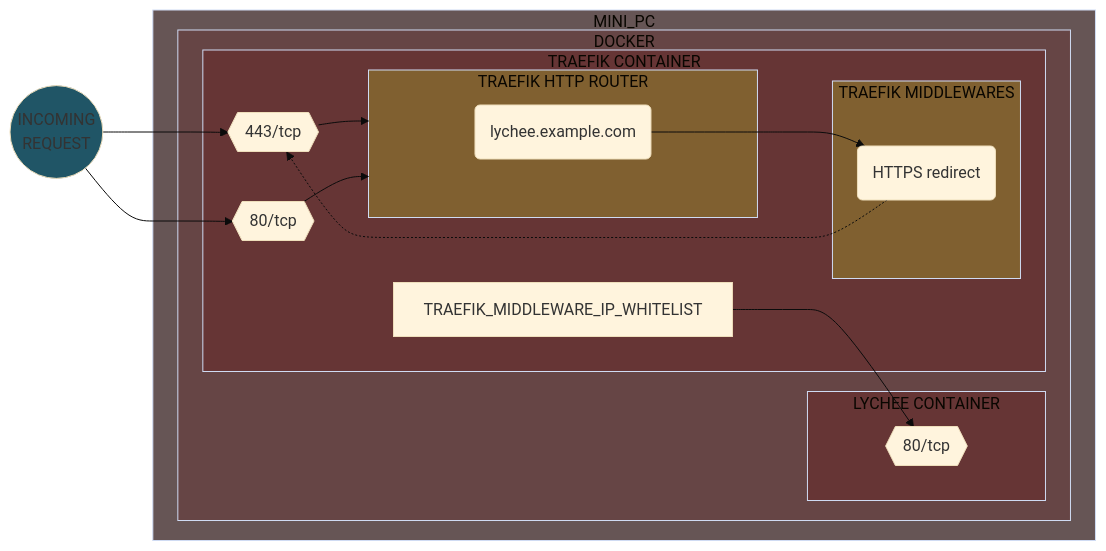
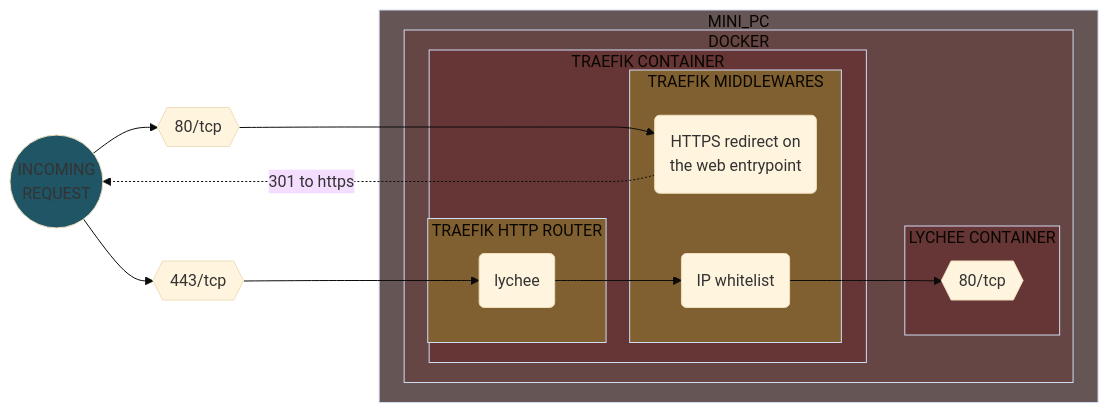
Before and after one commit to Yann39/self-hosted-n100: diagram 18 of 31 in README.md, drawn with Mermaid (base theme). The commit also changed other lines of this file, not shown here.

````diff
--- a/README.md
+++ b/README.md
@@ -4556,44 +4557,44 @@
 ```mermaid
 flowchart LR
     style INCOMING_REQUEST fill: #205566
     style TRAEFIK_CONTAINER fill: #663535
     style APP_CONTAINER fill: #663535
     style TRAEFIK_ROUTER fill: #806030
     style TRAEFIK_MIDDLEWARE fill: #806030
     style SERVER_DEVICE fill: #665555
     style CONTAINER_ENGINE fill: #664545
     DOCKER_TRAEFIK_PORT443{{443/tcp}}
     DOCKER_TRAEFIK_PORT80{{80/tcp}}
     DOCKER_APP_PORT{{80/tcp}}
-    TRAEFIK_ROUTER_APP(lychee.example.com)
-    TRAEFIK_MIDDLEWARE_REDIRECT(HTTPS redirect)
+    TRAEFIK_ROUTER_APP(lychee)
+    TRAEFIK_MIDDLEWARE_REDIRECT(HTTPS redirect on<br>the web entrypoint)
+    TRAEFIK_MIDDLEWARE_IP_WHITELIST(IP whitelist)
     INCOMING_REQUEST((INCOMING\nREQUEST))
-    INCOMING_REQUEST --> DOCKER_TRAEFIK_PORT443
-    INCOMING_REQUEST --> DOCKER_TRAEFIK_PORT80
 
     subgraph SERVER_DEVICE[MINI_PC]
         subgraph CONTAINER_ENGINE[DOCKER]
             subgraph APP_CONTAINER[LYCHEE CONTAINER]
                 DOCKER_APP_PORT
             end
 
             subgraph TRAEFIK_CONTAINER[TRAEFIK CONTAINER]
-                DOCKER_TRAEFIK_PORT443 --> TRAEFIK_ROUTER
-                DOCKER_TRAEFIK_PORT80 --> TRAEFIK_ROUTER
-
                 subgraph TRAEFIK_ROUTER[TRAEFIK HTTP ROUTER]
                     TRAEFIK_ROUTER_APP
                 end
 
                 subgraph TRAEFIK_MIDDLEWARE[TRAEFIK MIDDLEWARES]
                     TRAEFIK_MIDDLEWARE_REDIRECT
+                    TRAEFIK_MIDDLEWARE_IP_WHITELIST
                 end
-
-                TRAEFIK_MIDDLEWARE_REDIRECT -.-> DOCKER_TRAEFIK_PORT443
-                TRAEFIK_MIDDLEWARE_IP_WHITELIST --> DOCKER_APP_PORT
-                TRAEFIK_ROUTER_APP --> TRAEFIK_MIDDLEWARE_REDIRECT
             end
-
         end
     end
+
+    INCOMING_REQUEST --> DOCKER_TRAEFIK_PORT443
+    INCOMING_REQUEST --> DOCKER_TRAEFIK_PORT80
+    DOCKER_TRAEFIK_PORT80 ---> TRAEFIK_MIDDLEWARE_REDIRECT
+    TRAEFIK_MIDDLEWARE_REDIRECT -.->|301 to https| INCOMING_REQUEST
+    DOCKER_TRAEFIK_PORT443 --> TRAEFIK_ROUTER_APP
+    TRAEFIK_MIDDLEWARE_IP_WHITELIST --> DOCKER_APP_PORT
+    TRAEFIK_ROUTER_APP --> TRAEFIK_MIDDLEWARE_IP_WHITELIST
 ```
````
